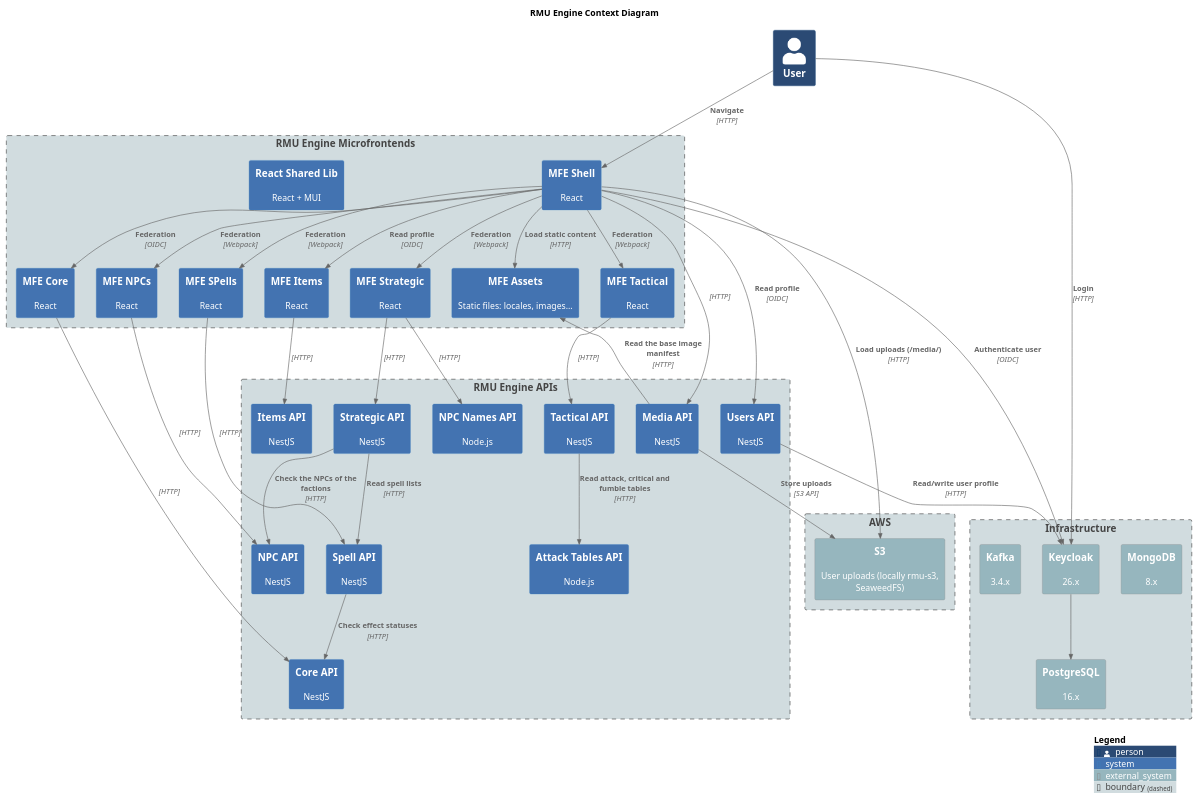
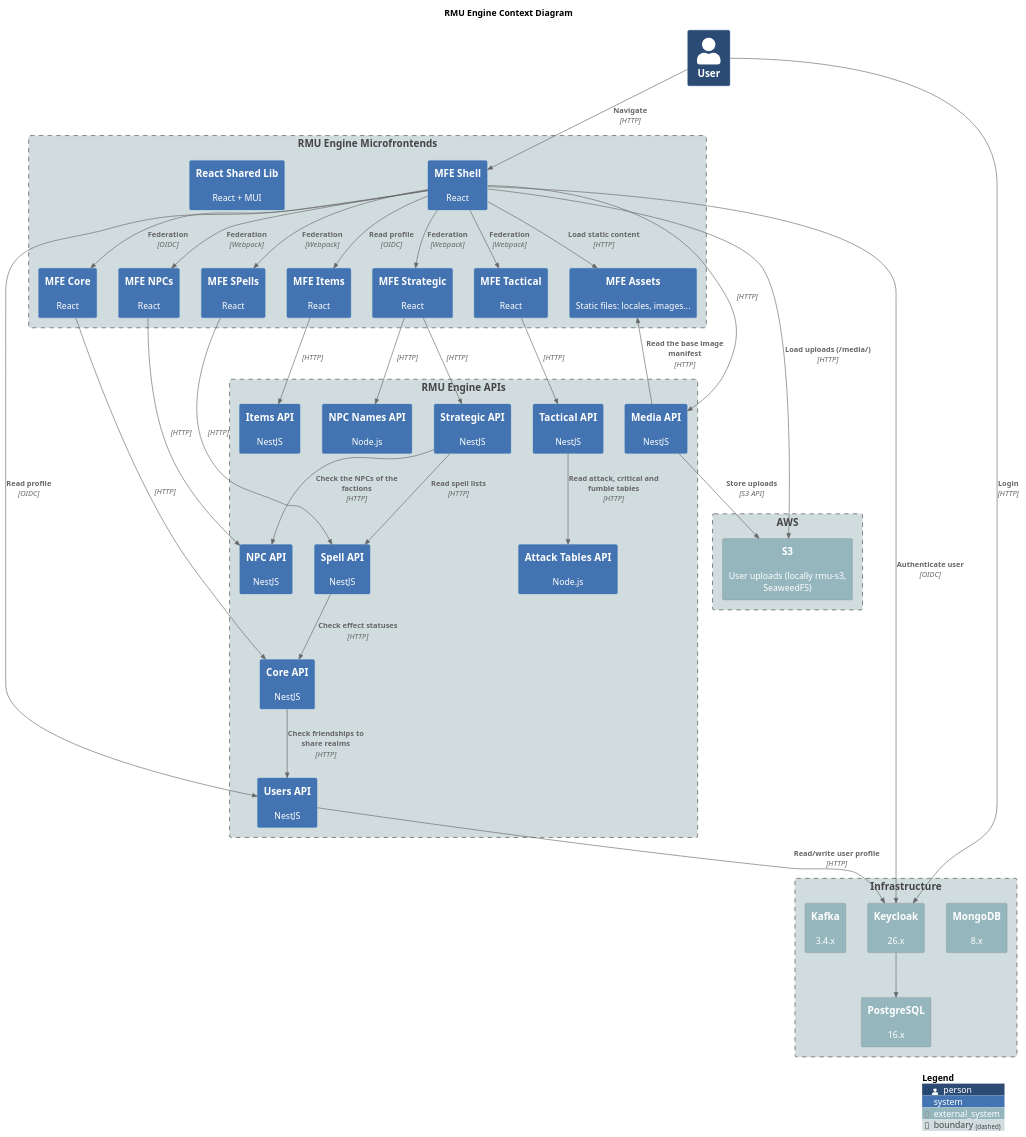
One commit to labcabrera/rmu-platform changed the diagram in docs/architecture/diagrams/c4-context.plantuml. Above: the diagram before and after it, drawn with PlantUML. The commit also changed 2 other files, not shown here.

Commit message:
feat(compose): core calls users for friendships
Workspace spec 069: RMU_API_USERS_URI for rmu-api-core, the core → users relation in the C4
diagram and the friendship topics in the overview.

```diff
--- a/docs/architecture/diagrams/c4-context.plantuml
+++ b/docs/architecture/diagrams/c4-context.plantuml
@@ -1,96 +1,97 @@
 @startuml c4-context
 title RMU Engine Context Diagram
 
 !include https://raw.githubusercontent.com/plantuml-stdlib/C4-PlantUML/master/C4_Context.puml
 
 ' LAYOUT_LEFT_RIGHT()
 
 UpdateElementStyle(person, $bgColor="#2b4a74ff")
 UpdateElementStyle(system, $bgColor="#4373b1ff")
 UpdateElementStyle(external_system, $bgColor="#96b6beff")
 UpdateElementStyle(boundary, $bgColor="#d1dcdfff")
 
 Person(user, "User")
 
 Boundary(frontend, "RMU Engine Microfrontends") {
     System(rmu_mfe_shell, "MFE Shell", "React")
     System(rmu_mfe_core, "MFE Core", "React")
     System(rmu_mfe_strategic, "MFE Strategic", "React")
     System(rmu_mfe_tactical, "MFE Tactical", "React")
     System(rmu_mfe_items, "MFE Items", "React")
     System(rmu_mfe_npc, "MFE NPCs", "React")
     System(rmu_mfe_spells, "MFE SPells", "React")
     System(rmu_react_shared_lib, "React Shared Lib", "React + MUI")
     System(rmu_mfe_assets, "MFE Assets", "Static files: locales, images...")
 }
 
 Boundary(apis, "RMU Engine APIs") {
     System(rmu_api_users, "Users API", "NestJS")
     System(rmu_api_core, "Core API", "NestJS")
     System(rmu_api_strategic, "Strategic API", "NestJS")
     System(rmu_api_tactical, "Tactical API", "NestJS")
     System(rmu_api_npc, "NPC API", "NestJS")
     System(rmu_api_npc_names, "NPC Names API", "Node.js")
     System(rmu_api_spells, "Spell API", "NestJS")
     System(rmu_api_items, "Items API", "NestJS")
     System(rmu_api_attack_tables, "Attack Tables API", "Node.js")
     System(rmu_api_media, "Media API", "NestJS")
 }
 
 Boundary(infrastructure, "Infrastructure") {
     System_Ext(mongodb, "MongoDB", "8.x")
     System_Ext(keycloak, "Keycloak", "26.x")
     System_Ext(kafka, "Kafka", "3.4.x")
     System_Ext(postgresql, "PostgreSQL", "16.x")
 }
 
 Boundary(aws, "AWS") {
     System_Ext(s3, "S3", "User uploads (locally rmu-s3, SeaweedFS)")
 }
 
 Rel(user, rmu_mfe_shell, "Navigate", "HTTP")
 Rel(user, keycloak, "Login", "HTTP")
 
 Rel(rmu_mfe_shell, rmu_mfe_core, "Federation", "OIDC")
 Rel(rmu_mfe_shell, rmu_mfe_strategic, "Federation", "Webpack")
 Rel(rmu_mfe_shell, rmu_mfe_tactical, "Federation", "Webpack")
 Rel(rmu_mfe_shell, rmu_mfe_items, "Read profile", "OIDC")
 Rel(rmu_mfe_shell, rmu_mfe_npc, "Federation", "Webpack")
 Rel(rmu_mfe_shell, rmu_mfe_spells, "Federation", "Webpack")
 
 Rel(rmu_mfe_shell, rmu_api_users, "Read profile", "OIDC")
 Rel(rmu_mfe_shell, keycloak, "Authenticate user", "OIDC")
 Rel(rmu_mfe_shell, rmu_mfe_assets, "Load static content", "HTTP")
 Rel(rmu_mfe_shell, rmu_api_media, "", "HTTP")
 
 Rel(rmu_mfe_core, rmu_api_core, "", "HTTP")
 
 Rel(rmu_mfe_strategic, rmu_api_strategic, "", "HTTP")
 Rel(rmu_mfe_strategic, rmu_api_npc_names, "", "HTTP")
 
 Rel(rmu_mfe_tactical, rmu_api_tactical, "", "HTTP")
 
 Rel(rmu_api_users, keycloak, "Read/write user profile", "HTTP")
 
 Rel(rmu_mfe_npc, rmu_api_npc, "", "HTTP")
 
 Rel(rmu_mfe_items, rmu_api_items, "", "HTTP")
 
 Rel(rmu_mfe_spells, rmu_api_spells, "", "HTTP")
 
 Rel(rmu_api_tactical, rmu_api_attack_tables, "Read attack, critical and fumble tables", "HTTP")
 Rel(rmu_api_spells, rmu_api_core, "Check effect statuses", "HTTP")
+Rel(rmu_api_core, rmu_api_users, "Check friendships to share realms", "HTTP")
 Rel(rmu_api_strategic, rmu_api_spells, "Read spell lists", "HTTP")
 Rel(rmu_api_strategic, rmu_api_npc, "Check the NPCs of the factions", "HTTP")
 
 ' Attack API: no longer called by tactical since the combat plugin refactor (workspace spec 003).
 
 Rel(keycloak, postgresql, "", "")
 
 Rel(rmu_api_media, s3, "Store uploads", "S3 API")
 Rel(rmu_api_media, rmu_mfe_assets, "Read the base image manifest", "HTTP")
 Rel(rmu_mfe_shell, s3, "Load uploads (/media/)", "HTTP")
 
 SHOW_LEGEND()
 
 @enduml
```
